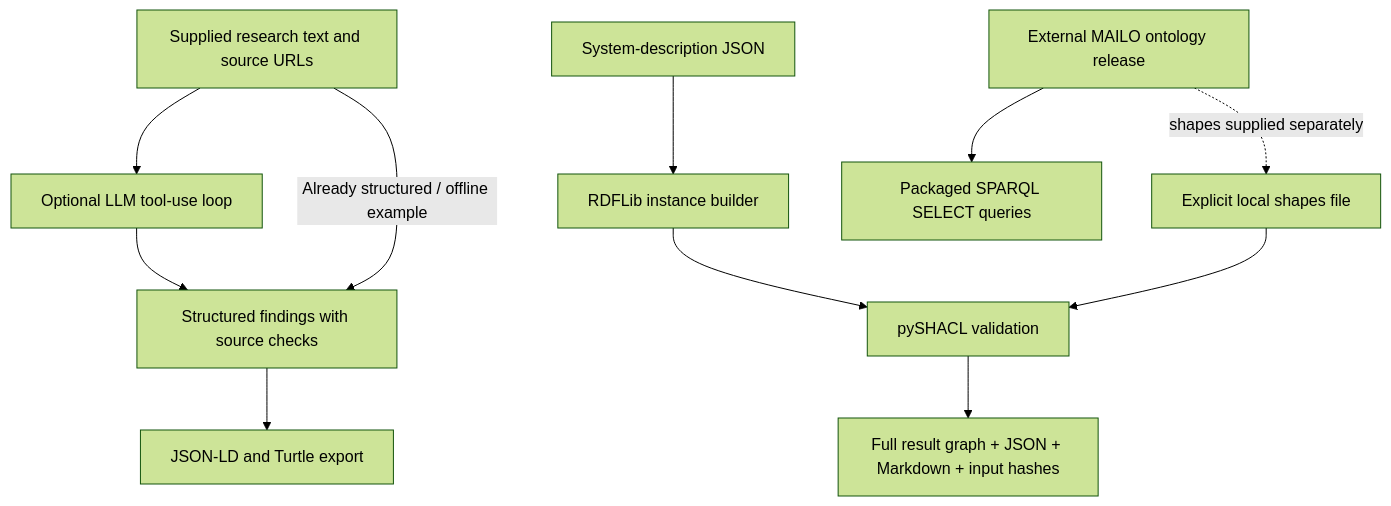
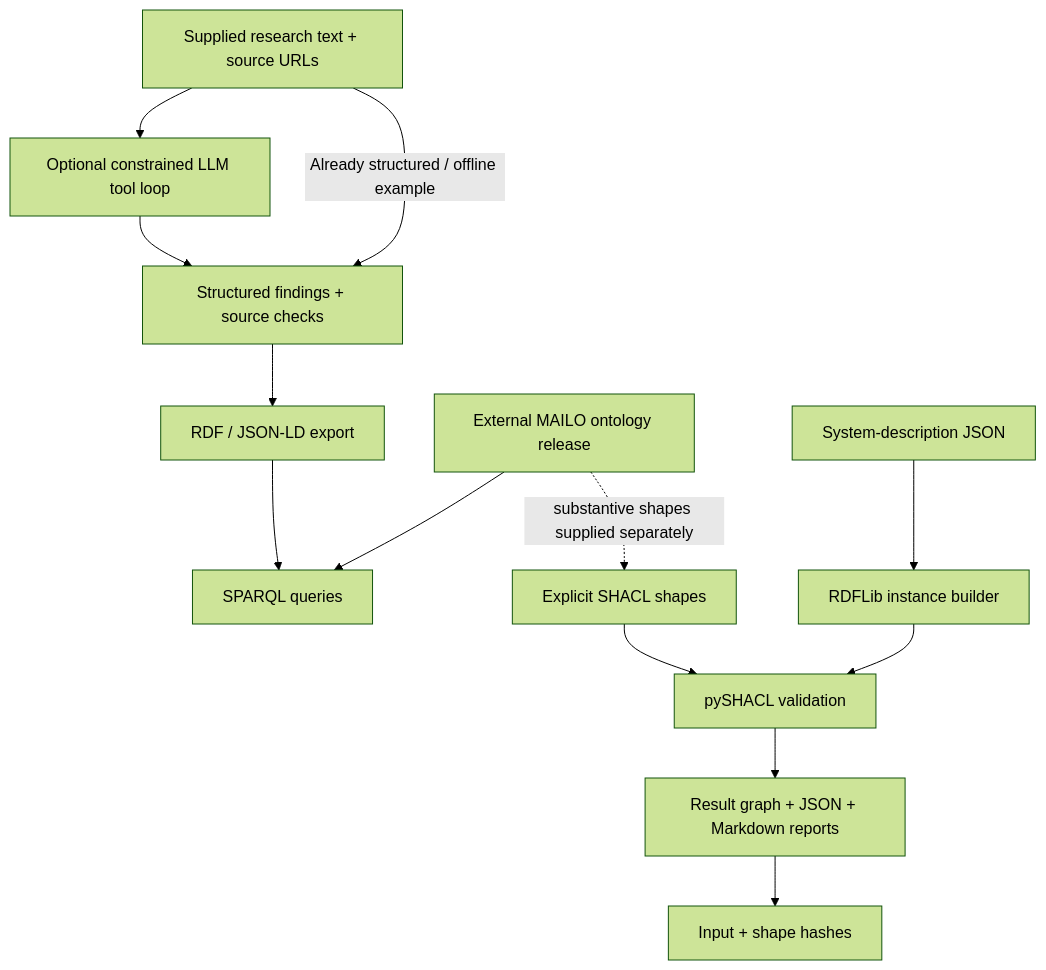
One commit to vrkkao-eng/mailo-legal-ai-engine changed the diagram in README.md. Above: the diagram before and after it, drawn with Mermaid (forest theme). The commit also changed other lines of this file, not shown here.

````diff
--- a/README.md
+++ b/README.md
@@ -15,13 +60,19 @@
 ```mermaid
 flowchart TD
-    A[Supplied research text and source URLs] --> B[Optional LLM tool-use loop]
-    B --> C[Structured findings with source checks]
+    A[Supplied research text + source URLs] --> B[Optional constrained LLM tool loop]
+    B --> C[Structured findings + source checks]
     A -->|Already structured / offline example| C
-    C --> D[JSON-LD and Turtle export]
-    E[System-description JSON] --> F[RDFLib instance builder]
-    F --> G[pySHACL validation]
-    H[Explicit local shapes file] --> G
-    G --> I[Full result graph + JSON + Markdown + input hashes]
-    J[External MAILO ontology release] --> K[Packaged SPARQL SELECT queries]
-    J -. shapes supplied separately .-> H
+
+    C --> D[RDF / JSON-LD export]
+    D --> E[SPARQL queries]
+
+    F[System-description JSON] --> G[RDFLib instance builder]
+    H[Explicit SHACL shapes] --> I[pySHACL validation]
+    G --> I
+
+    I --> J[Result graph + JSON + Markdown reports]
+    J --> K[Input + shape hashes]
+
+    L[External MAILO ontology release] --> E
+    L -. substantive shapes supplied separately .-> H
 ```
````
